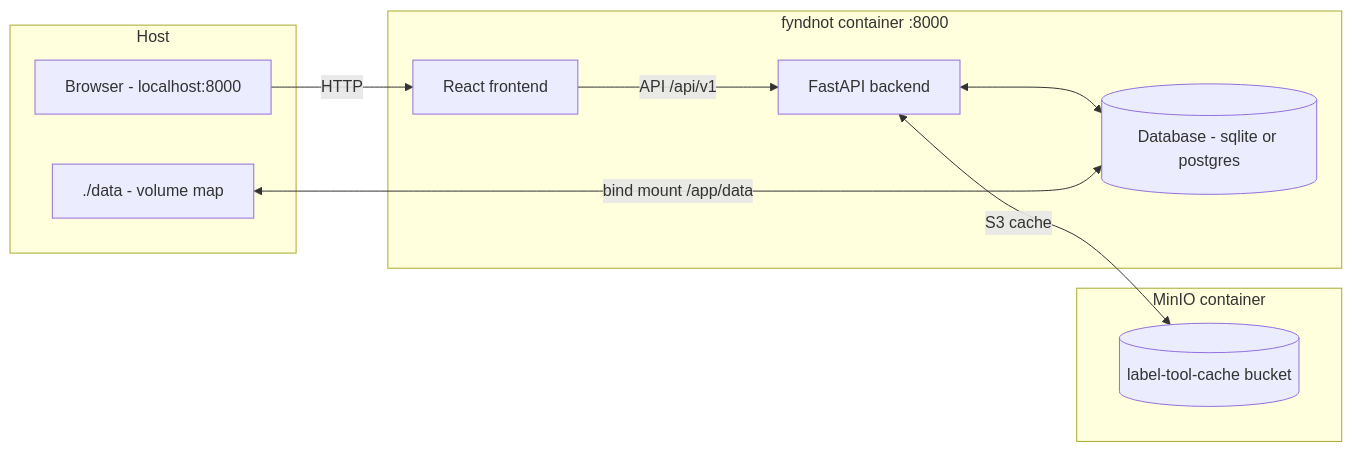
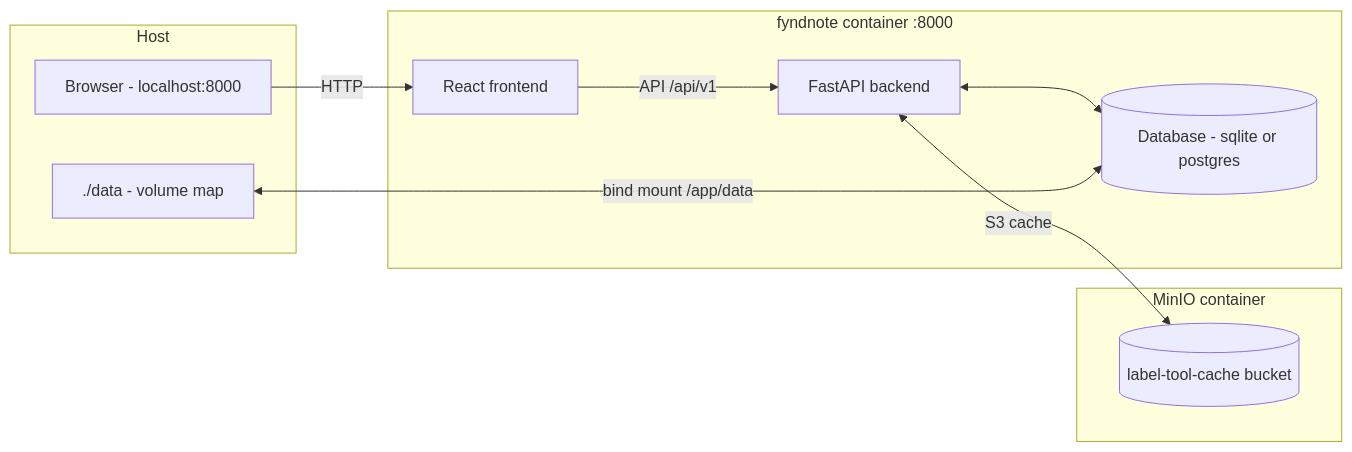
One commit to godesity/fyndnote changed the diagram in docs/install.md. Above: the diagram before and after it, drawn with Mermaid. The commit also changed other lines of this file and 30 other files, not shown here.

Commit message:
refactor: rename application fyndnot -> fyndnote

````diff
--- a/docs/install.md
+++ b/docs/install.md
@@ -14,23 +14,23 @@
 ```mermaid
 flowchart LR
   subgraph host[Host]
     data[./data - volume map]
     browser[Browser - localhost:8000]
   end
 
-  subgraph app[fyndnot container :8000]
+  subgraph app[fyndnote container :8000]
     frontend[React frontend]
     backend[FastAPI backend]
     sqlite[(Database - sqlite or postgres)]
   end
 
   subgraph s3[MinIO container]
     minio[(label-tool-cache bucket)]
   end
 
   browser -->|HTTP| frontend
   frontend -->|API /api/v1| backend
   backend <--> sqlite
   backend <-->|S3 cache| minio
   data <-->|bind mount /app/data| sqlite
 ```
````
